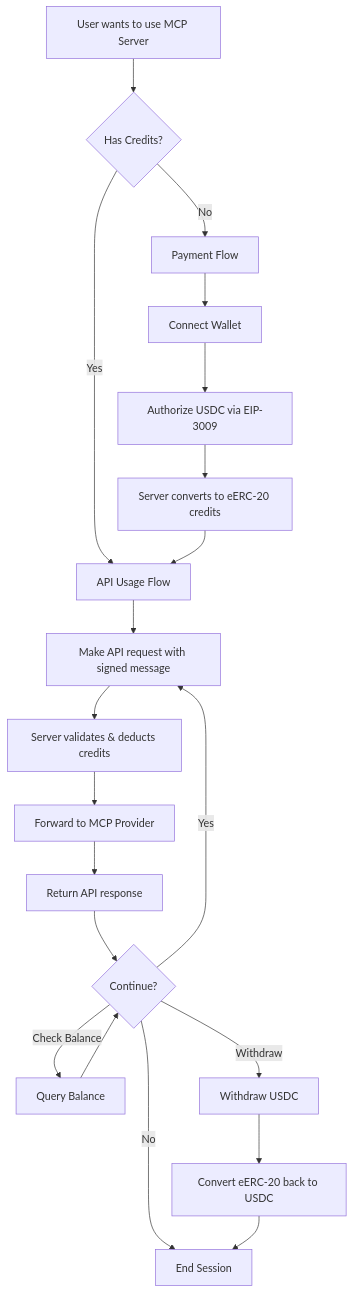
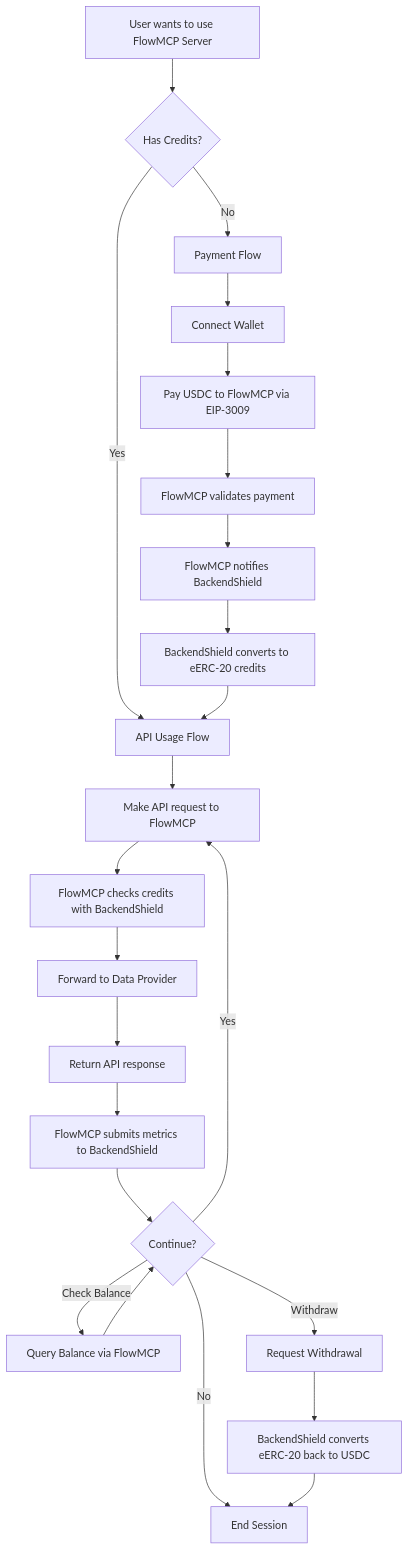
The first of 2 diagrams in about/USER_FLOW.md (a6b8/backendshield), drawn with Mermaid before and after one commit. The commit also changed other lines of this file and 2 other files, not shown here.

Commit message:
Add USER_FLOW.md #2

````diff
--- a/about/USER_FLOW.md
+++ b/about/USER_FLOW.md
@@ -9,27 +9,30 @@
 ```mermaid
 graph TD
-    A[User wants to use MCP Server] --> B{Has Credits?}
+    A[User wants to use FlowMCP Server] --> B{Has Credits?}
     
     B -->|No| C[Payment Flow]
     B -->|Yes| D[API Usage Flow]
     
     C --> C1[Connect Wallet]
-    C1 --> C2[Authorize USDC via EIP-3009]
-    C2 --> C3[Server converts to eERC-20 credits]
-    C3 --> D
+    C1 --> C2[Pay USDC to FlowMCP via EIP-3009]
+    C2 --> C3[FlowMCP validates payment]
+    C3 --> C4[FlowMCP notifies BackendShield]
+    C4 --> C5[BackendShield converts to eERC-20 credits]
+    C5 --> D
     
-    D --> D1[Make API request with signed message]
-    D1 --> D2[Server validates & deducts credits]
-    D2 --> D3[Forward to MCP Provider]
+    D --> D1[Make API request to FlowMCP]
+    D1 --> D2[FlowMCP checks credits with BackendShield]
+    D2 --> D3[Forward to Data Provider]
     D3 --> D4[Return API response]
-    D4 --> D5{Continue?}
+    D4 --> D5[FlowMCP submits metrics to BackendShield]
+    D5 --> D6{Continue?}
     
-    D5 -->|Yes| D1
-    D5 -->|Check Balance| F[Query Balance]
-    D5 -->|Withdraw| G[Withdraw USDC]
-    D5 -->|No| H[End Session]
+    D6 -->|Yes| D1
+    D6 -->|Check Balance| F[Query Balance via FlowMCP]
+    D6 -->|Withdraw| G[Request Withdrawal]
+    D6 -->|No| H[End Session]
     
-    F --> D5
-    G --> G1[Convert eERC-20 back to USDC]
+    F --> D6
+    G --> G1[BackendShield converts eERC-20 back to USDC]
     G1 --> H
 ```
````
